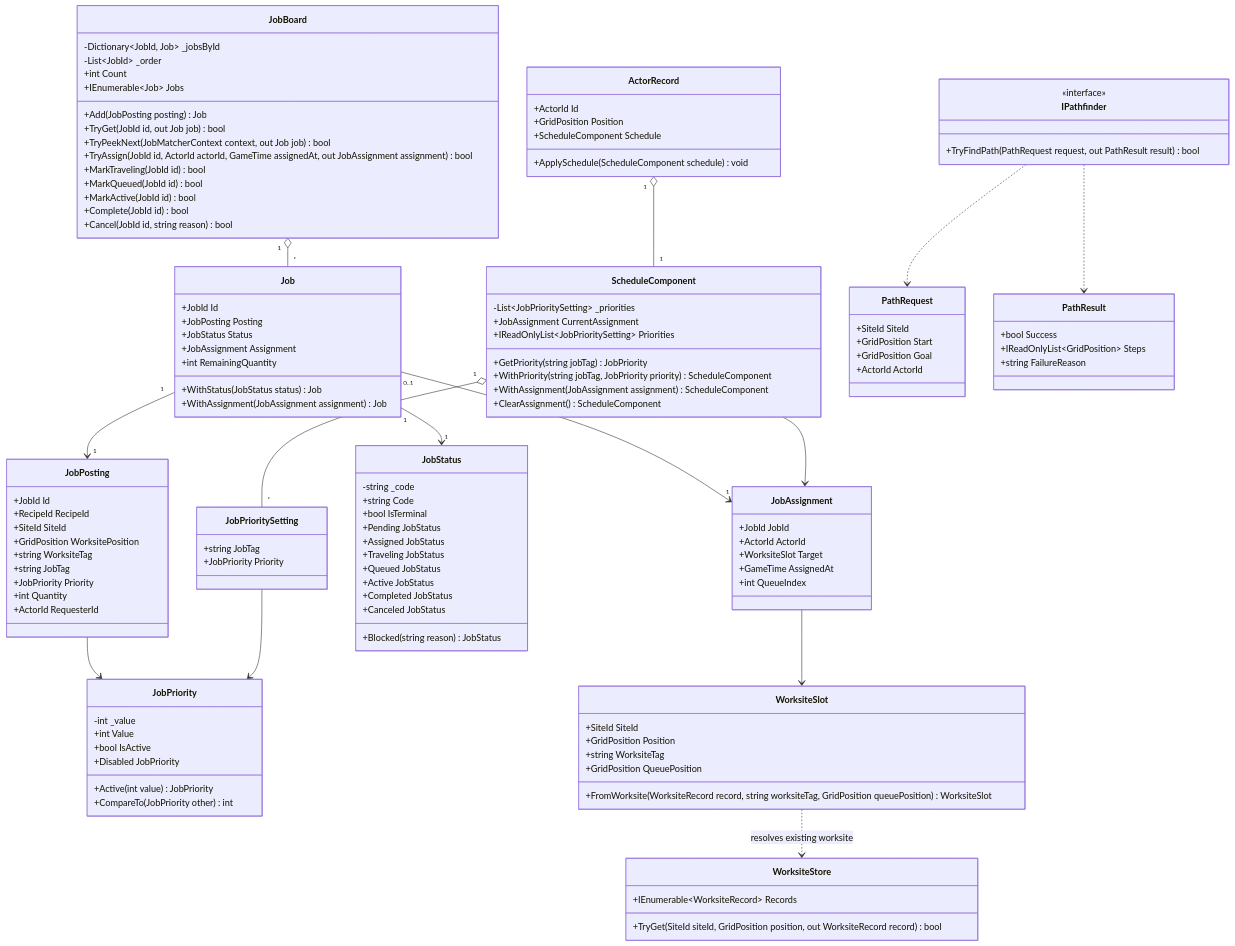
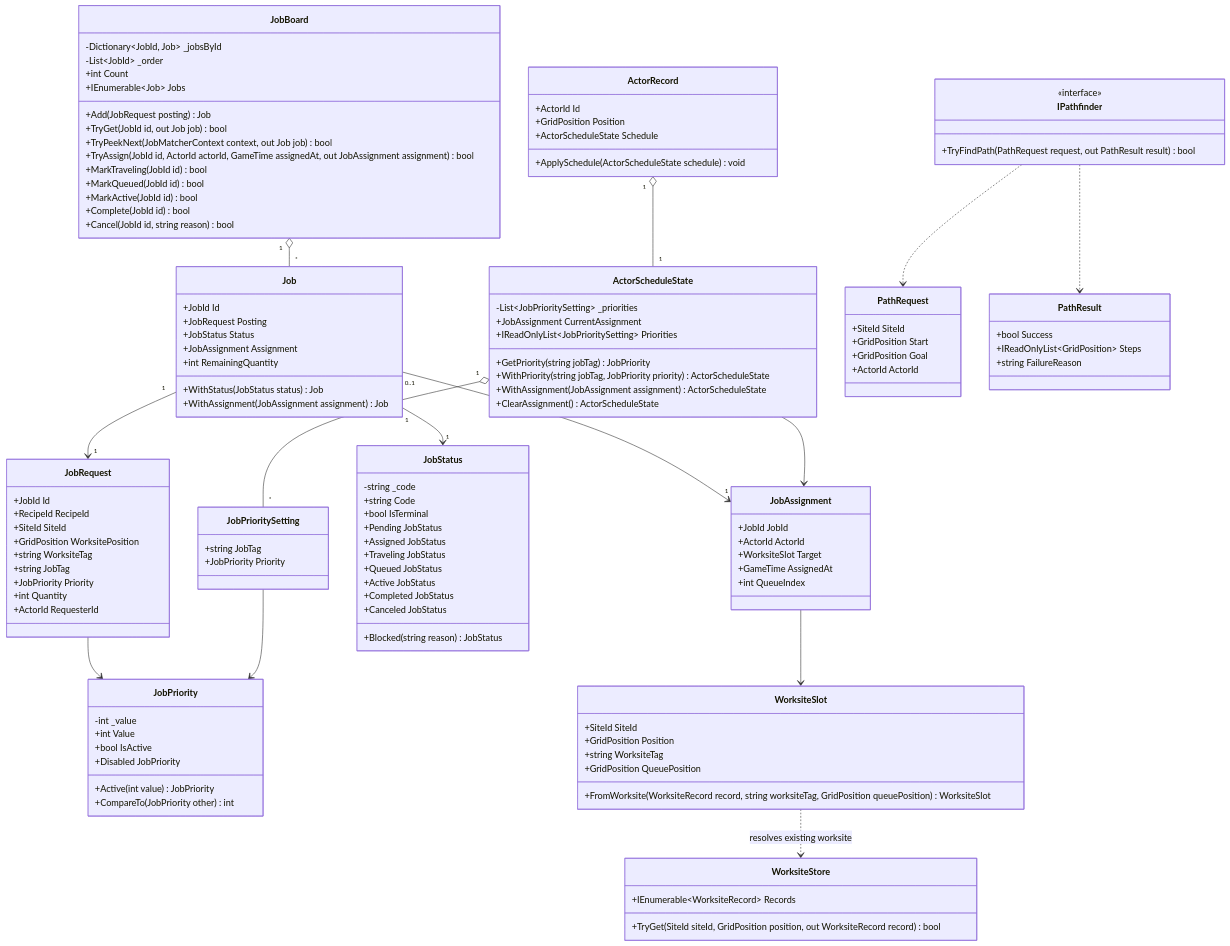
Before and after one commit to msbel5/alcyone-ember-rpg: the second of 3 diagrams in docs/mechanics/faz-11-unity-visual-layer.md, drawn with Mermaid. The commit also changed other lines of this file and 10 other files, not shown here.

```diff
--- a/docs/mechanics/faz-11-unity-visual-layer.md
+++ b/docs/mechanics/faz-11-unity-visual-layer.md
@@ -86,7 +90,7 @@
         -Dictionary~JobId, Job~ _jobsById
         -List~JobId~ _order
         +int Count
-        +Add(JobPosting posting) Job
+        +Add(JobRequest posting) Job
         +TryGet(JobId id, out Job job) bool
         +TryPeekNext(JobMatcherContext context, out Job job) bool
         +TryAssign(JobId id, ActorId actorId, GameTime assignedAt, out JobAssignment assignment) bool
@@ -98,7 +102,7 @@
         +IEnumerable~Job~ Jobs
     }
 
-    class JobPosting {
+    class JobRequest {
         +JobId Id
         +RecipeId RecipeId
         +SiteId SiteId
@@ -112,7 +116,7 @@
 
     class Job {
         +JobId Id
-        +JobPosting Posting
+        +JobRequest Posting
         +JobStatus Status
         +JobAssignment Assignment
         +int RemainingQuantity
@@ -151,14 +155,14 @@
         +Blocked(string reason) JobStatus
     }
 
-    class ScheduleComponent {
+    class ActorScheduleState {
         -List~JobPrioritySetting~ _priorities
         +JobAssignment CurrentAssignment
         +IReadOnlyList~JobPrioritySetting~ Priorities
         +GetPriority(string jobTag) JobPriority
-        +WithPriority(string jobTag, JobPriority priority) ScheduleComponent
-        +WithAssignment(JobAssignment assignment) ScheduleComponent
-        +ClearAssignment() ScheduleComponent
+        +WithPriority(string jobTag, JobPriority priority) ActorScheduleState
+        +WithAssignment(JobAssignment assignment) ActorScheduleState
+        +ClearAssignment() ActorScheduleState
     }
 
     class JobPrioritySetting {
@@ -169,8 +173,8 @@
     class ActorRecord {
         +ActorId Id
         +GridPosition Position
-        +ScheduleComponent Schedule
-        +ApplySchedule(ScheduleComponent schedule) void
+        +ActorScheduleState Schedule
+        +ApplySchedule(ActorScheduleState schedule) void
     }
 
     class WorksiteSlot {
@@ -205,14 +209,14 @@
     }
 
     JobBoard "1" o-- "*" Job
-    Job "1" --> "1" JobPosting
+    Job "1" --> "1" JobRequest
     Job "1" --> "1" JobStatus
     Job "0..1" --> "1" JobAssignment
-    JobPosting --> JobPriority
+    JobRequest --> JobPriority
     JobAssignment --> WorksiteSlot
-    ActorRecord "1" o-- "1" ScheduleComponent
-    ScheduleComponent "1" o-- "*" JobPrioritySetting
-    ScheduleComponent --> JobAssignment
+    ActorRecord "1" o-- "1" ActorScheduleState
+    ActorScheduleState "1" o-- "*" JobPrioritySetting
+    ActorScheduleState --> JobAssignment
     JobPrioritySetting --> JobPriority
     WorksiteSlot ..> WorksiteStore : resolves existing worksite
     IPathfinder ..> PathRequest
```
